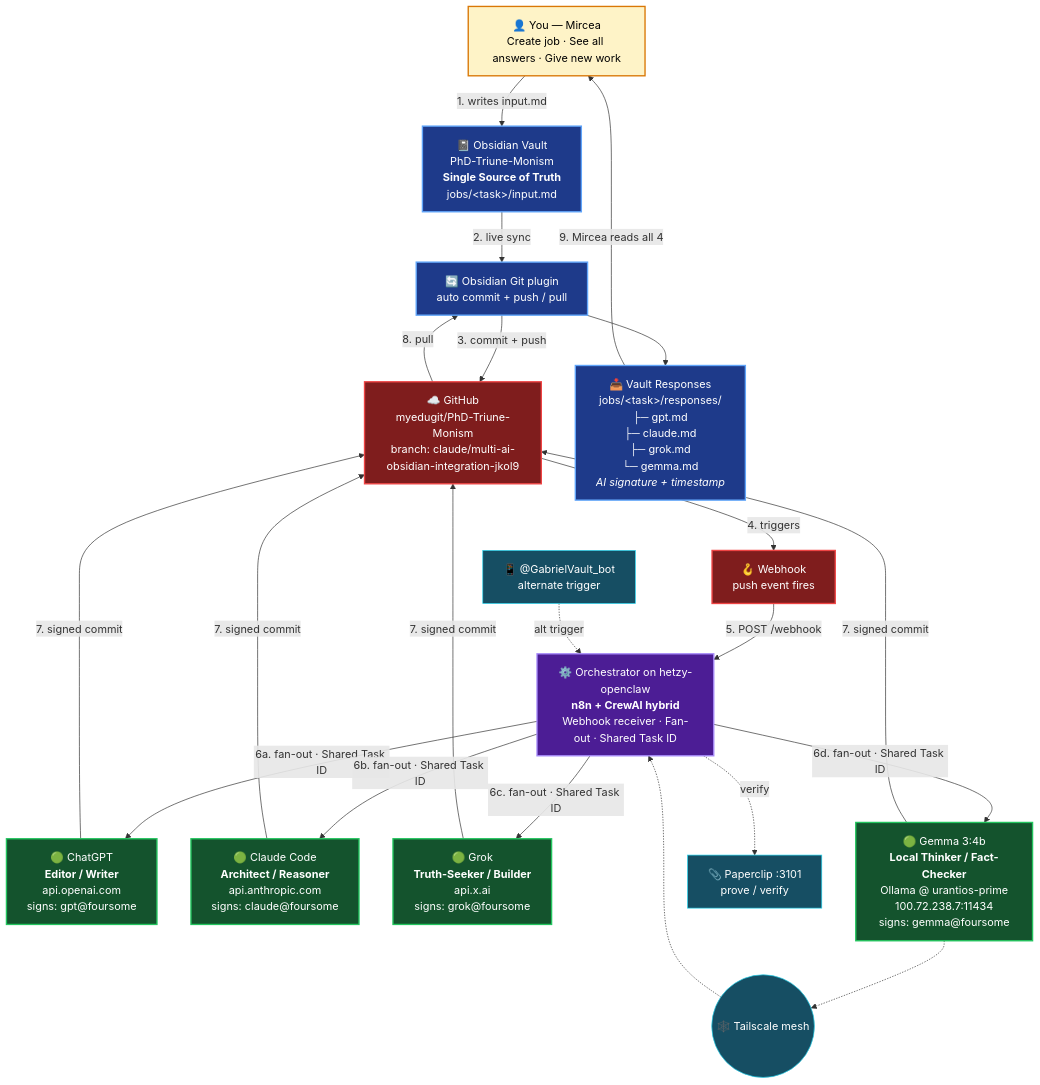
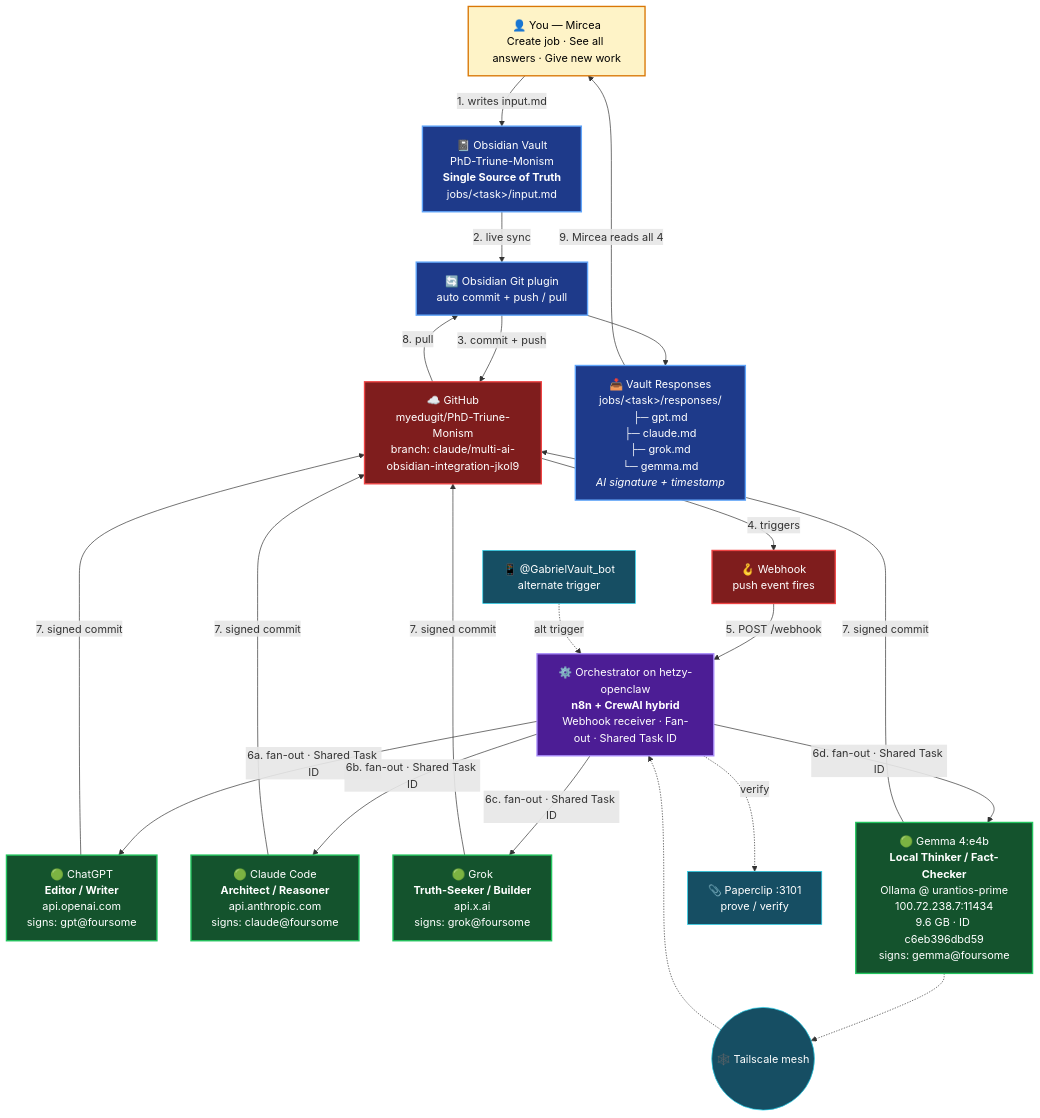
Before and after one commit to MyEduGit/PhD-Triune-Monism: the diagram in architecture/option-d-foursome.md, drawn with Mermaid. The commit also changed other lines of this file, not shown here.

First line of the commit message:
Correct Gemma 4:e4b as Foursome Local Thinker (was Gemma 3:4b)

````diff
--- a/architecture/option-d-foursome.md
+++ b/architecture/option-d-foursome.md
@@ -10,72 +10,72 @@
 ```mermaid
 flowchart TD
     %% ===== TOP: USER & VAULT =====
     User["👤 You — Mircea<br/>Create job · See all answers · Give new work"]
 
     Vault["📓 Obsidian Vault<br/>PhD-Triune-Monism<br/><b>Single Source of Truth</b><br/>jobs/&lt;task&gt;/input.md"]
 
     %% ===== GIT LAYER =====
     ObsGit["🔄 Obsidian Git plugin<br/>auto commit + push / pull"]
     GH["☁️ GitHub<br/>myedugit/PhD-Triune-Monism<br/>branch: claude/multi-ai-obsidian-integration-jkoI9"]
     Hook["🪝 Webhook<br/>push event fires"]
 
     %% ===== ORCHESTRATOR =====
     Orch["⚙️ Orchestrator on hetzy-openclaw<br/><b>n8n + CrewAI hybrid</b><br/>Webhook receiver · Fan-out · Shared Task ID"]
 
     %% ===== THE FOURSOME (with roles) =====
     GPT["🟢 ChatGPT<br/><b>Editor / Writer</b><br/>api.openai.com<br/>signs: gpt@foursome"]
     Claude["🟢 Claude Code<br/><b>Architect / Reasoner</b><br/>api.anthropic.com<br/>signs: claude@foursome"]
     Grok["🟢 Grok<br/><b>Truth-Seeker / Builder</b><br/>api.x.ai<br/>signs: grok@foursome"]
-    Gemma["🟢 Gemma 3:4b<br/><b>Local Thinker / Fact-Checker</b><br/>Ollama @ urantios-prime<br/>100.72.238.7:11434<br/>signs: gemma@foursome"]
+    Gemma["🟢 Gemma 4:e4b<br/><b>Local Thinker / Fact-Checker</b><br/>Ollama @ urantios-prime<br/>100.72.238.7:11434<br/>9.6 GB · ID c6eb396dbd59<br/>signs: gemma@foursome"]
 
     %% ===== RESPONSE COLLECTOR =====
     Resp["📥 Vault Responses<br/>jobs/&lt;task&gt;/responses/<br/>├─ gpt.md<br/>├─ claude.md<br/>├─ grok.md<br/>└─ gemma.md<br/><i>AI signature + timestamp</i>"]
 
     %% ===== SUPPORT =====
     TG["📱 @GabrielVault_bot<br/>alternate trigger"]
     TS(("🕸️ Tailscale mesh"))
     Paper["📎 Paperclip :3101<br/>prove / verify"]
 
     %% ===== HOT PATH =====
     User -->|"1. writes input.md"| Vault
     Vault -->|"2. live sync"| ObsGit
     ObsGit -->|"3. commit + push"| GH
     GH -->|"4. triggers"| Hook
     Hook -->|"5. POST /webhook"| Orch
     TG -.->|"alt trigger"| Orch
 
     Orch -->|"6a. fan-out · Shared Task ID"| GPT
     Orch -->|"6b. fan-out · Shared Task ID"| Claude
     Orch -->|"6c. fan-out · Shared Task ID"| Grok
     Orch -->|"6d. fan-out · Shared Task ID"| Gemma
 
     GPT -->|"7. signed commit"| GH
     Claude -->|"7. signed commit"| GH
     Grok -->|"7. signed commit"| GH
     Gemma -->|"7. signed commit"| GH
 
     GH -->|"8. pull"| ObsGit
     ObsGit --> Resp
     Resp -->|"9. Mircea reads all 4"| User
 
     %% ===== SUPPORT LINKS =====
     Orch -.->|"verify"| Paper
     Gemma -.-> TS
     TS -.-> Orch
 
     %% ===== COLOURS =====
     classDef user fill:#fef3c7,stroke:#d97706,color:#000,stroke-width:2px
     classDef vault fill:#1e3a8a,stroke:#60a5fa,color:#fff,stroke-width:2px
     classDef git fill:#7f1d1d,stroke:#ef4444,color:#fff,stroke-width:2px
     classDef orch fill:#4c1d95,stroke:#a78bfa,color:#fff,stroke-width:2px
     classDef ai fill:#14532d,stroke:#22c55e,color:#fff,stroke-width:2px
     classDef resp fill:#1e3a8a,stroke:#60a5fa,color:#fff,stroke-width:2px
     classDef support fill:#164e63,stroke:#22d3ee,color:#fff,stroke-width:1px
 
     class User user
     class Vault,Resp,ObsGit vault
     class GH,Hook git
     class Orch orch
     class GPT,Claude,Grok,Gemma ai
     class TG,TS,Paper support
 ```
````
